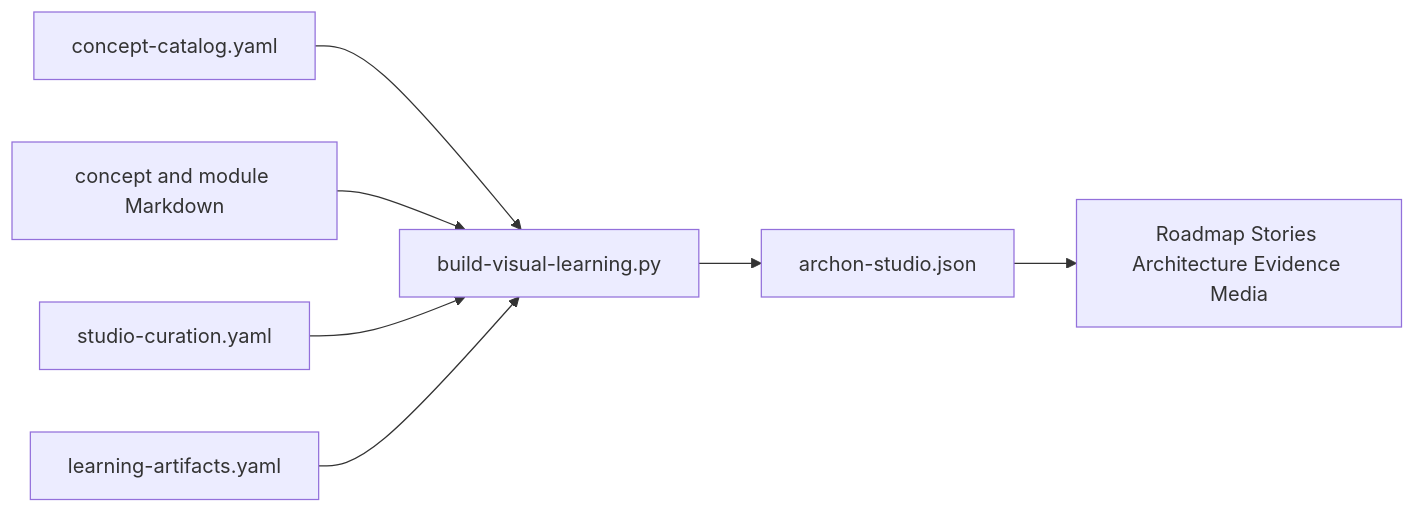
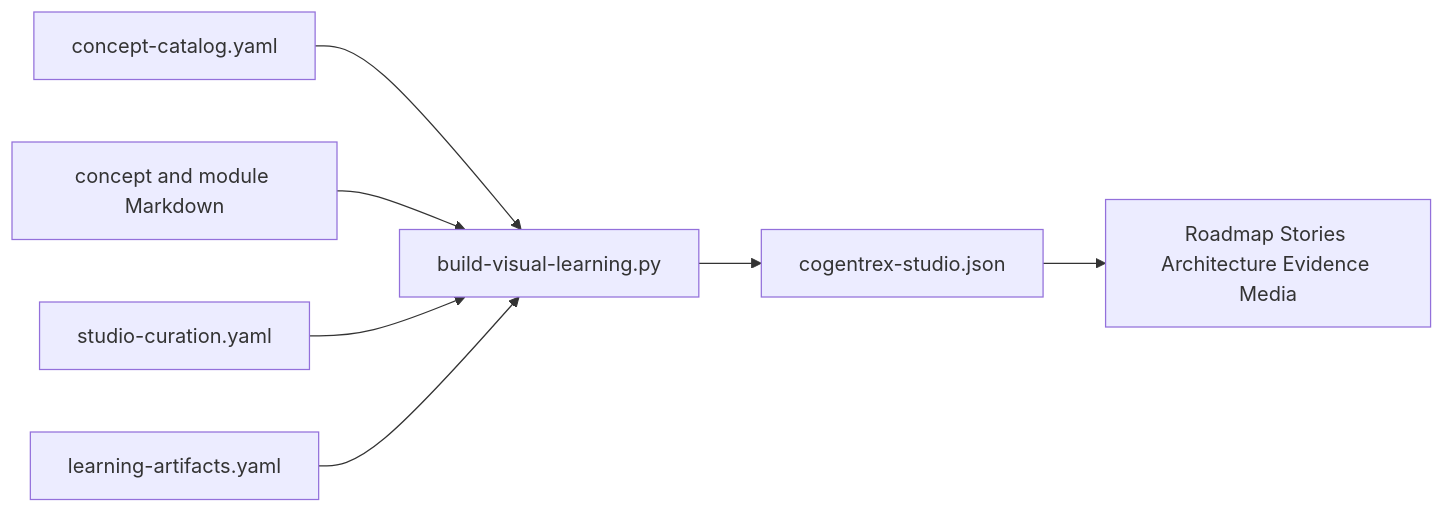
The diagram in docs/visual-learning/README.md (levalencia/archon), drawn with Mermaid before and after one commit. The commit also changed other lines of this file and 414 other files, not shown here.

First line of the commit message:
feat: rebrand Archon as Cogentrex

````diff
--- a/docs/visual-learning/README.md
+++ b/docs/visual-learning/README.md
@@ -31,9 +47,9 @@
 ```mermaid
 flowchart LR
   C[concept-catalog.yaml] --> G[build-visual-learning.py]
   M[concept and module Markdown] --> G
   S[studio-curation.yaml] --> G
   N[learning-artifacts.yaml] --> G
-  G --> J[archon-studio.json]
+  G --> J[cogentrex-studio.json]
   J --> V[Roadmap Stories Architecture Evidence Media]
 ```
````
